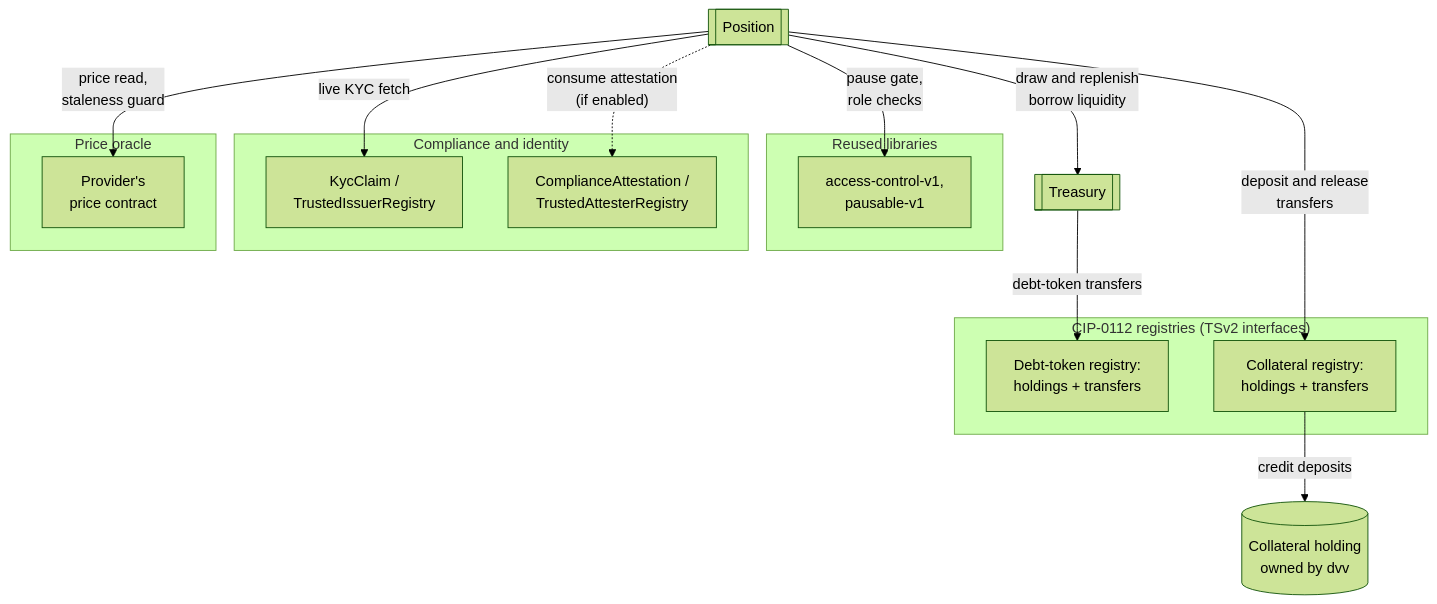
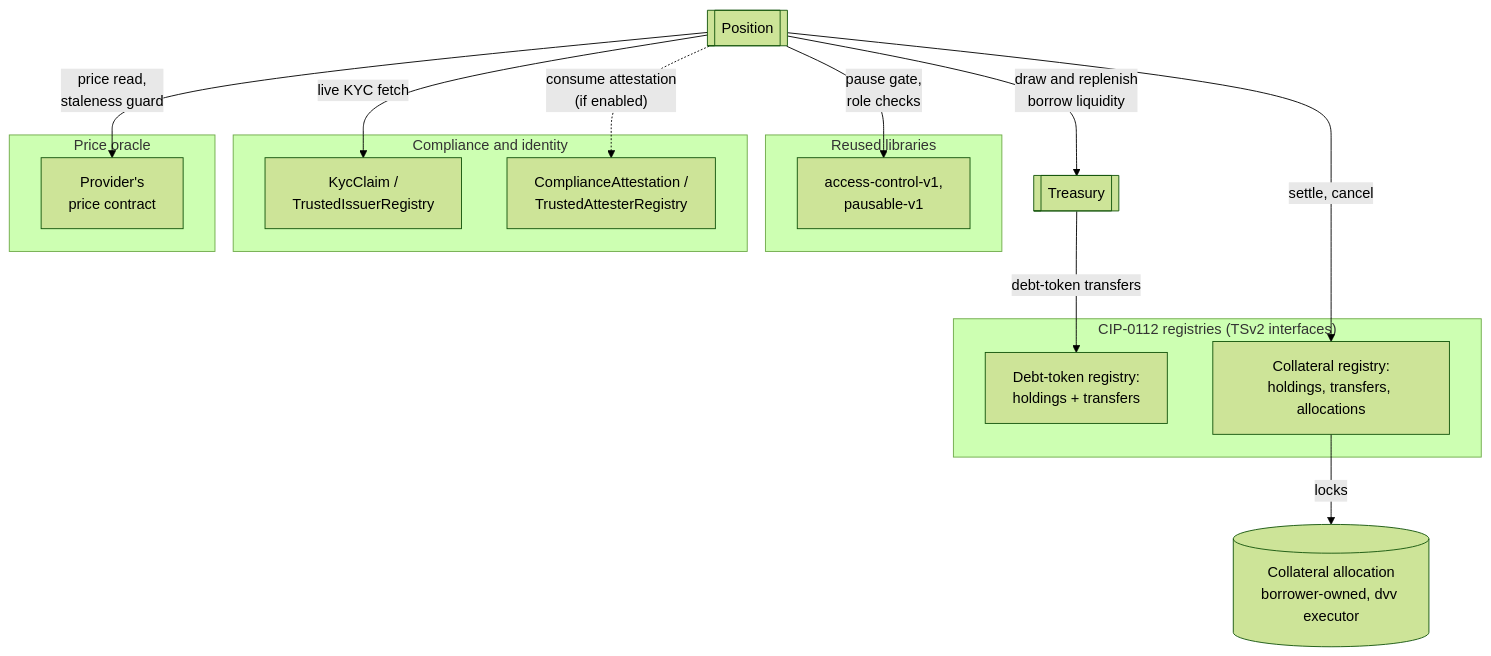
Before and after one commit to OpenZeppelin/canton-specs: the second of 9 diagrams in docs/reference-architectures/lending.md, drawn with Mermaid (forest theme). The commit also changed other lines of this file, not shown here.

Commit message:
Lock collateral in iterated allocation.

````diff
--- a/docs/reference-architectures/lending.md
+++ b/docs/reference-architectures/lending.md
@@ -155,33 +156,33 @@
 ```mermaid
 flowchart TB
     Position[["Position"]]
     Treasury[["Treasury"]]
-    Collateral[("Collateral holding<br/>owned by dvv")]
+    Collateral[("Collateral allocation<br/>borrower-owned, dvv executor")]
 
     subgraph Libraries["Reused libraries"]
         Gov["access-control-v1,<br/>pausable-v1"]
     end
 
     subgraph Identity["Compliance and identity"]
         Kyc["KycClaim /<br/>TrustedIssuerRegistry"]
         Att["ComplianceAttestation /<br/>TrustedAttesterRegistry"]
     end
 
     subgraph Rail["CIP-0112 registries (TSv2 interfaces)"]
         Debt["Debt-token registry:<br/>holdings + transfers"]
-        Coll["Collateral registry:<br/>holdings + transfers"]
+        Coll["Collateral registry:<br/>holdings, transfers, allocations"]
     end
 
     subgraph Price["Price oracle"]
         Oracle["Provider's<br/>price contract"]
     end
 
     Position -->|"price read,<br/>staleness guard"| Oracle
     Position -->|"pause gate,<br/>role checks"| Gov
     Position -->|"live KYC fetch"| Kyc
     Position -->|"draw and replenish<br/>borrow liquidity"| Treasury
     Treasury -->|"debt-token transfers"| Debt
     Position -.->|"consume attestation<br/>(if enabled)"| Att
-    Position -->|"deposit and release<br/>transfers"| Coll
-    Coll -->|"credit deposits"| Collateral
+    Position -->|"settle, cancel"| Coll
+    Coll -->|"locks"| Collateral
 ```
````
